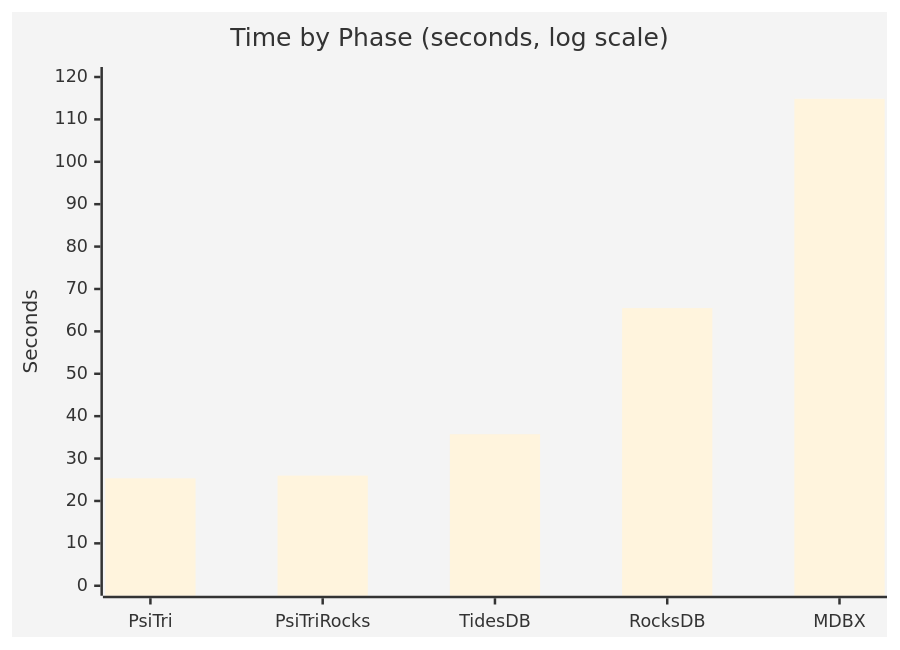
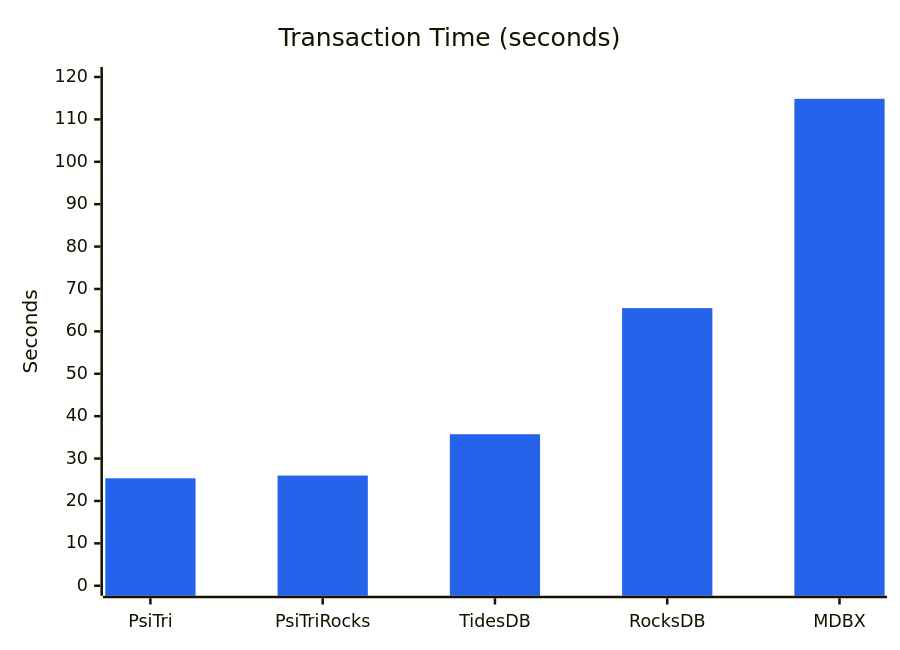
The second of 3 diagrams in programs/BANK_BENCHMARK.md (gofractally/arbtrie), drawn with Mermaid before and after one commit. The commit also changed other lines of this file, not shown here.

Commit message:
Fix chart colors for better readability on dark backgrounds

````diff
--- a/programs/BANK_BENCHMARK.md
+++ b/programs/BANK_BENCHMARK.md
@@ -50,8 +50,8 @@
 ```mermaid
-%%{init: {'theme': 'base'}}%%
+%%{init: {'theme': 'base', 'themeVariables': {'xyChart': {'plotColorPalette': '#2563EB'}}}}%%
 xychart-beta
-    title "Time by Phase (seconds, log scale)"
+    title "Transaction Time (seconds)"
     x-axis ["PsiTri", "PsiTriRocks", "TidesDB", "RocksDB", "MDBX"]
     y-axis "Seconds" 0 --> 120
     bar [25.346, 25.986, 35.741, 65.486, 114.861]
 ```
````
